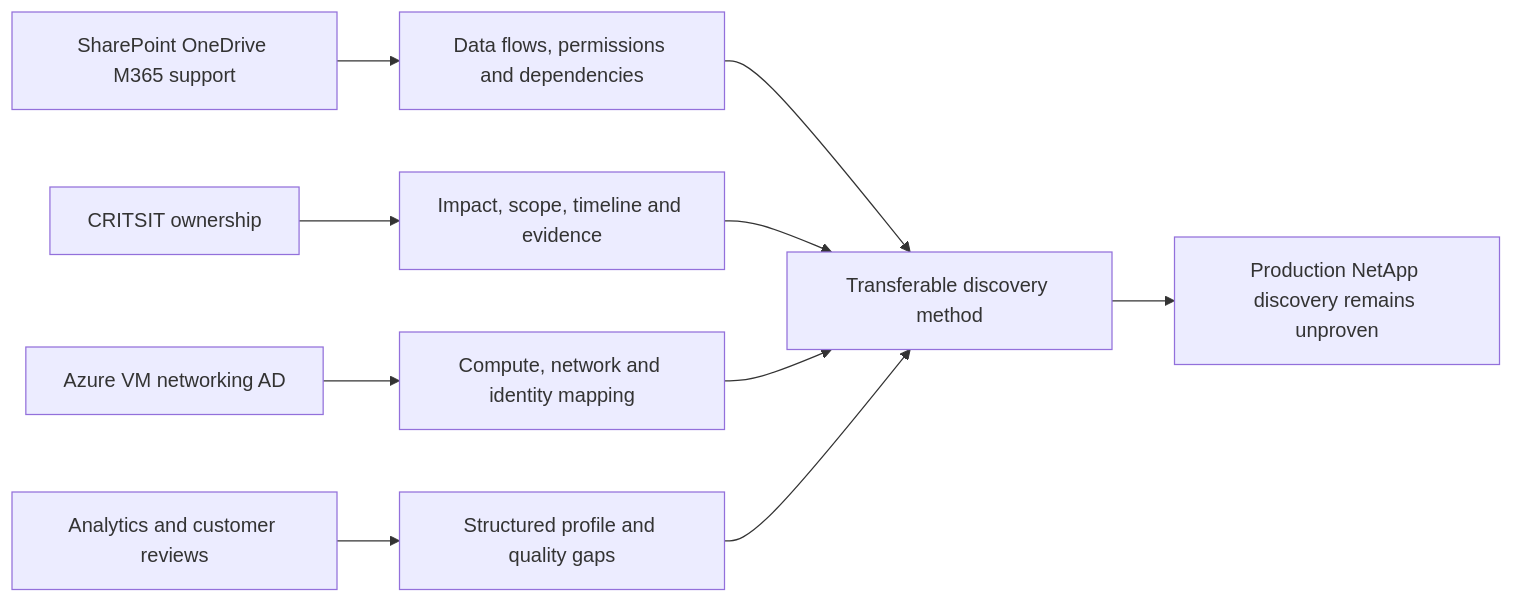
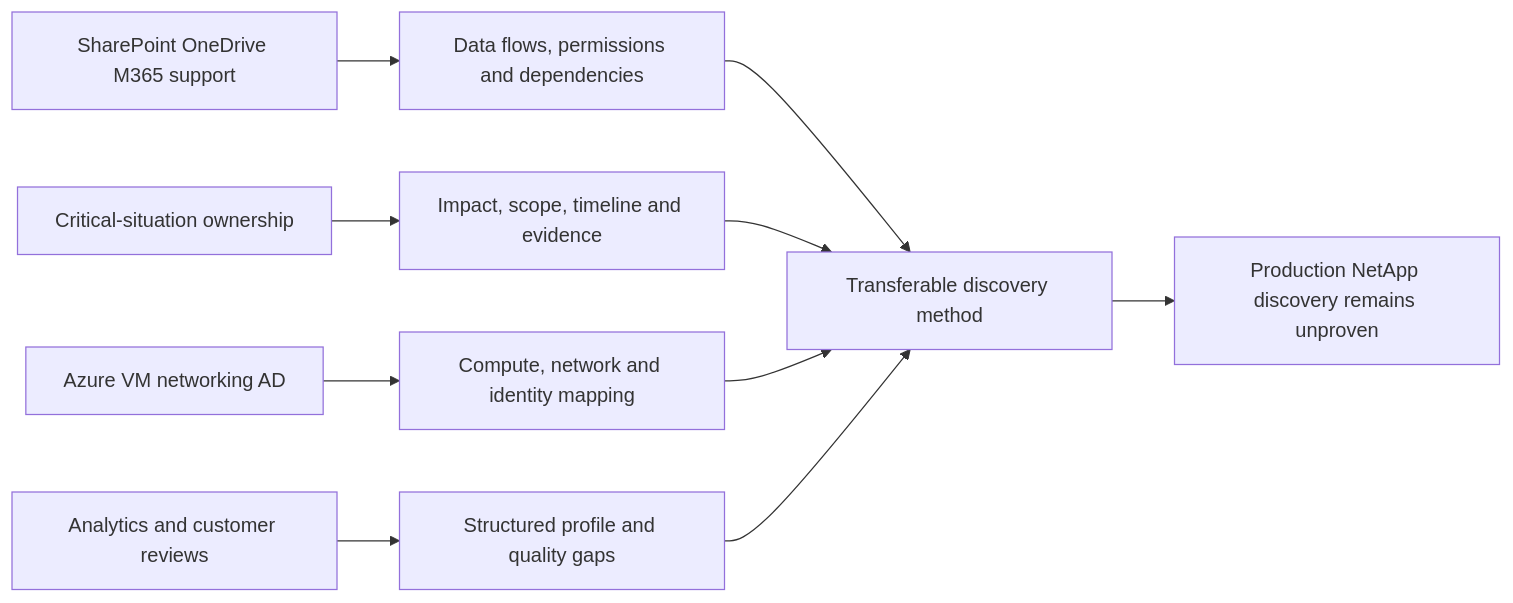
Diagram 20 of 21 in NetApp TAM/prep/Part-62-customer-discovery-environment-profiling.md (hichauhan-in/Interview-Prep), drawn with Mermaid before and after one commit. The commit also changed other lines of this file and 493 other files, not shown here.

````diff
--- a/NetApp TAM/prep/Part-62-customer-discovery-environment-profiling.md
+++ b/NetApp TAM/prep/Part-62-customer-discovery-environment-profiling.md
@@ -696,12 +696,12 @@
 ```mermaid
 flowchart LR
     M365[SharePoint OneDrive M365 support] --> DATA[Data flows, permissions and dependencies]
-    CRIT[CRITSIT ownership] --> DISC[Impact, scope, timeline and evidence]
+    CRIT[Critical-situation ownership] --> DISC[Impact, scope, timeline and evidence]
     AZ[Azure VM networking AD] --> MAP[Compute, network and identity mapping]
     ANA[Analytics and customer reviews] --> PROFILE[Structured profile and quality gaps]
     DATA --> METHOD[Transferable discovery method]
     DISC --> METHOD
     MAP --> METHOD
     PROFILE --> METHOD
     METHOD --> GAP[Production NetApp discovery remains unproven]
 ```
````
